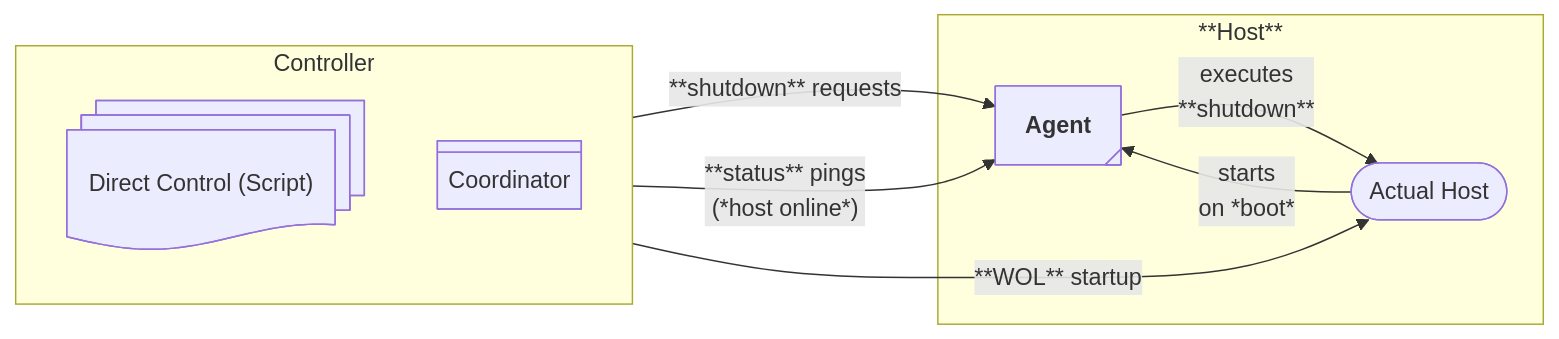
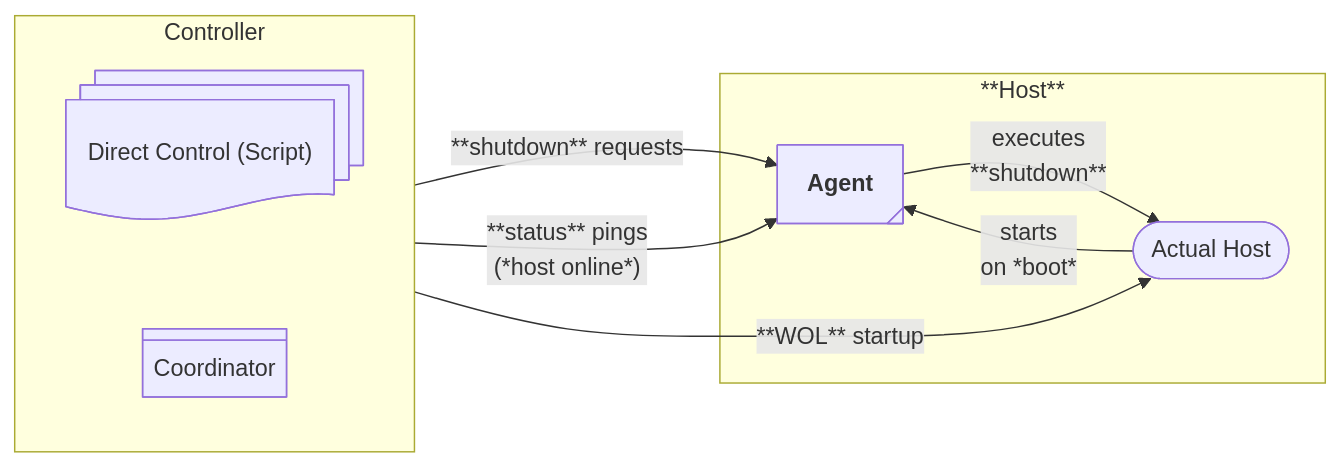
One commit to 9SMTM6/shuthost changed the diagram in frontend/assets/host_agent_interaction.mmd. Above: the diagram before and after it, drawn with Mermaid. The commit also changed 5 other files, not shown here.

Commit message:
Add client to agent-only diagram, small layout changes to diagrams

```diff
--- a/frontend/assets/host_agent_interaction.mmd
+++ b/frontend/assets/host_agent_interaction.mmd
@@ -1,24 +1,27 @@
 flowchart LR
     %% Host-Agent-Controller Interactions
 
     %% Nodes
     subgraph controller["Controller"]
+        direction TB
         direct@{ shape: docs, label: "Direct Control (Script)" }
         coordinator@{ shape: div-proc, label: "Coordinator" }
+        %% Invisible link, otherwise direction doesn't do anything... mermaid is kinda a mess
+        direct ~~~ coordinator
     end
     subgraph host_unit["**Host**"]
         host(["Actual Host"])
         agent@{ shape: tag-proc, label: "**Agent**" }
     end
 
     %% Relationships
     host --> |"starts <br>on *boot*"| agent
     controller --> |"**shutdown** requests"| agent
     controller --> |"**status** pings<br>(*host online*)"| agent
     controller --> |"**WOL** startup"| host
     agent --> |"executes<br>**shutdown**"| host
 
     class controller controller
     class direct direct
     class host host
     class agent agent
```
